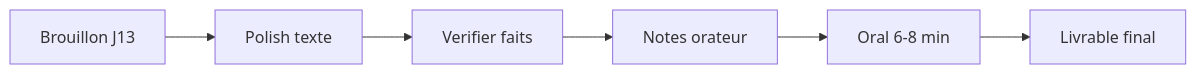
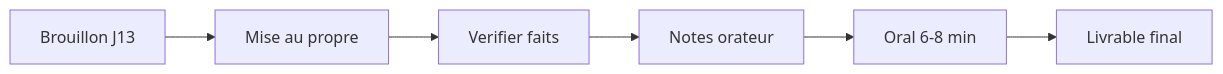
The diagram in domains/vie/ia-quotidien/01-theory/14-capstone-deck-pitch.md (Tony224x/mastering-believe), drawn with Mermaid before and after one commit. The commit also changed other lines of this file and 17 other files, not shown here.

````diff
--- a/domains/vie/ia-quotidien/01-theory/14-capstone-deck-pitch.md
+++ b/domains/vie/ia-quotidien/01-theory/14-capstone-deck-pitch.md
@@ -22,8 +22,8 @@
 ```mermaid
 flowchart LR
-  B[Brouillon J13] --> P[Polish texte]
+  B[Brouillon J13] --> P[Mise au propre]
   P --> V[Verifier faits]
   V --> N[Notes orateur]
   N --> O[Oral 6-8 min]
   O --> L[Livrable final]
 ```
````
